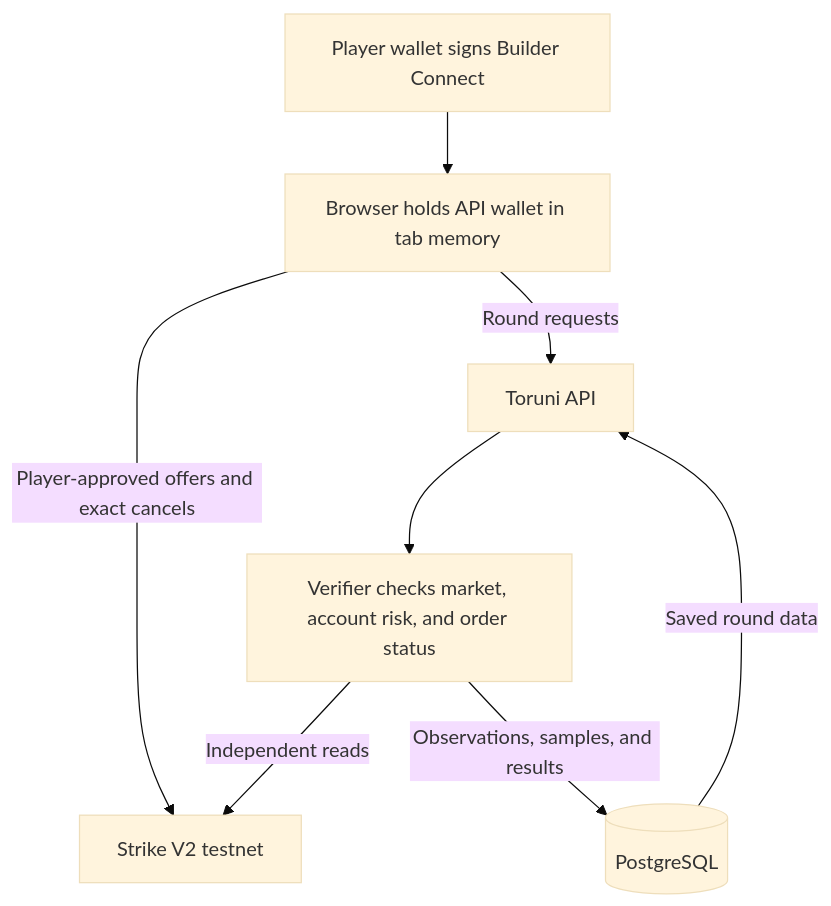
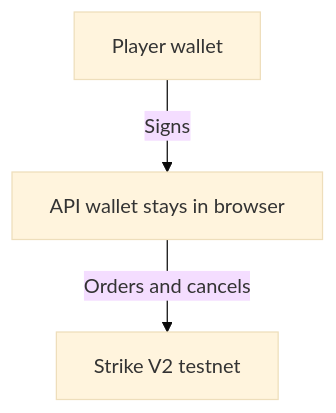
Before and after one commit to Web3Kyami/Toruni: the second of 3 diagrams in README.md, drawn with Mermaid (base theme). The commit also changed other lines of this file, not shown here.

Commit message:
Make developer flow diagrams mobile-readable

````diff
--- a/README.md
+++ b/README.md
@@ -61,10 +63,5 @@
 ```mermaid
 flowchart TD
-    Wallet[Player wallet signs Builder Connect] --> Client[Browser holds API wallet in tab memory]
-    Client -->|Player-approved offers and exact cancels| Strike[Strike V2 testnet]
-    Client -->|Round requests| API[Toruni API]
-    API --> Worker[Verifier checks market, account risk, and order status]
-    Worker -->|Independent reads| Strike
-    Worker -->|Observations, samples, and results| DB[(PostgreSQL)]
-    DB -->|Saved round data| API
+    Wallet[Player wallet] -->|Signs| Browser[API wallet stays in browser]
+    Browser -->|Orders and cancels| Strike[Strike V2 testnet]
 ```
````
